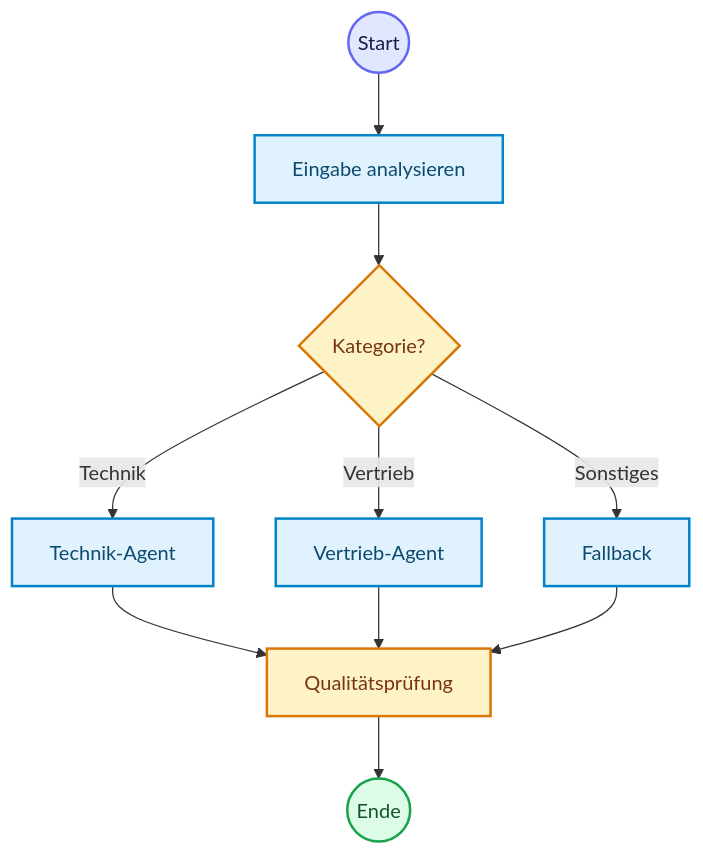
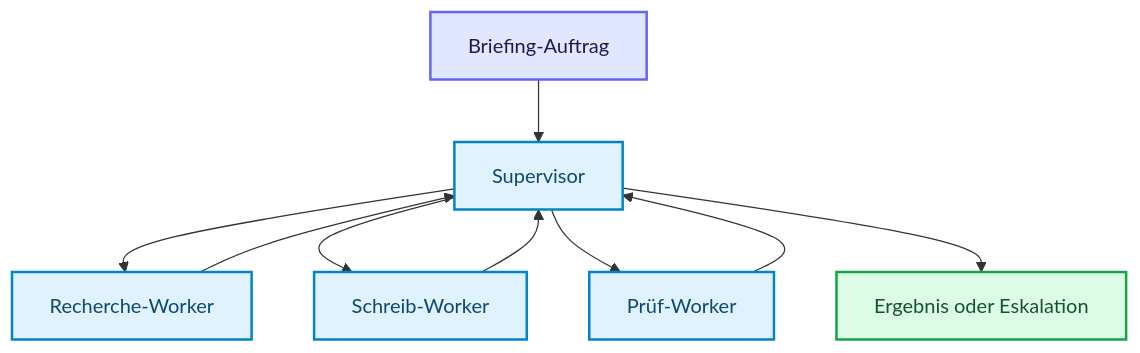
The seventh of 8 diagrams in docs/04-agenten-implementierung/entwurf/agent-architekturen.md (ralf-42/Agenten), drawn with Mermaid before and after one commit. The commit also changed other lines of this file and 12 other files, not shown here.

````diff
--- a/docs/04-agenten-implementierung/entwurf/agent-architekturen.md
+++ b/docs/04-agenten-implementierung/entwurf/agent-architekturen.md
@@ -342,21 +213,13 @@
 ```mermaid
 flowchart TD
-    START((Start)) --> A[Eingabe analysieren]
-    A --> B{Kategorie?}
-    B -->|Technik| C[Technik-Agent]
-    B -->|Vertrieb| D[Vertrieb-Agent]
-    B -->|Sonstiges| E[Fallback]
-    C --> F[Qualitätsprüfung]
-    D --> F
-    E --> F
-    F --> FINISH((Ende))
-
+    Q["Briefing-Auftrag"] --> S["Supervisor"]
+    S --> R["Recherche-Worker"] --> S
+    S --> W["Schreib-Worker"] --> S
+    S --> P["Prüf-Worker"] --> S
+    S --> B["Ergebnis oder Eskalation"]
     classDef default fill:#e0f2fe,stroke:#0284c7,stroke-width:2px,color:#0c4a6e;
     classDef input fill:#e0e7ff,stroke:#6366f1,stroke-width:2px,color:#1e1b4b;
-    classDef metric fill:#fef3c7,stroke:#d97706,stroke-width:2px,color:#78350f;
     classDef output fill:#dcfce7,stroke:#16a34a,stroke-width:2px,color:#14532d;
-
-    class START input;
-    class B,F metric;
-    class FINISH output;
+    class Q input;
+    class B output;
 ```
````
